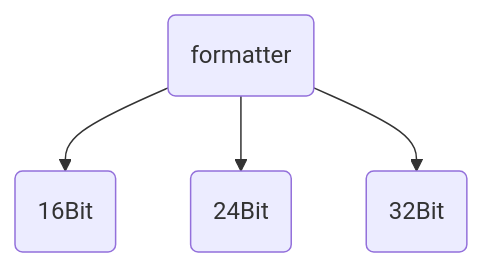
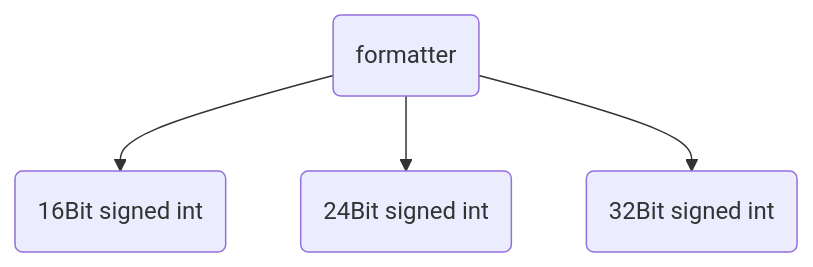
One commit to MOYUtianming/Slum changed the third of 4 diagrams in README.md. Above: the diagram before and after it, drawn with Mermaid. The commit also changed other lines of this file and 14 other files, not shown here.

````diff
--- a/README.md
+++ b/README.md
@@ -30,7 +35,7 @@
     ```mermaid
     graph TD;
     D(formatter);
-        D-->D1(16Bit);
-        D-->D2(24Bit);
-        D-->D3(32Bit);
+        D-->D1(16Bit signed int);
+        D-->D2(24Bit signed int);
+        D-->D3(32Bit signed int);
     ```
````
